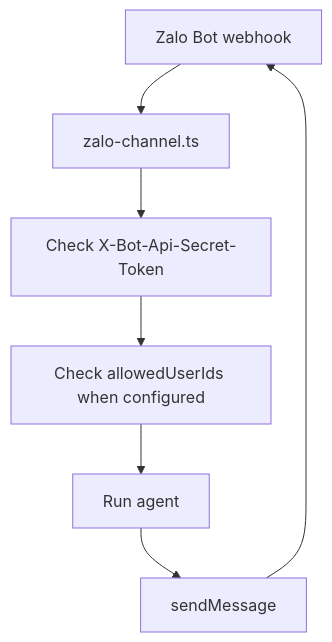
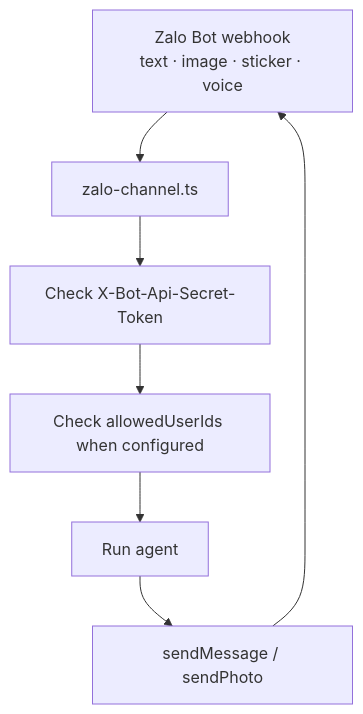
One commit to beeblastco/broods changed the diagram in apps/docs/docs/channels/zalo.md. Above: the diagram before and after it, drawn with Mermaid. The commit also changed other lines of this file and 6 other files, not shown here.

First line of the commit message:
feat(core): Zalo image send and inbound media (#257)

````diff
--- a/apps/docs/docs/channels/zalo.md
+++ b/apps/docs/docs/channels/zalo.md
@@ -55,9 +55,9 @@
 ```mermaid
 flowchart TD
-  Zalo["Zalo Bot webhook"] --> Adapter["zalo-channel.ts"]
+  Zalo["Zalo Bot webhook<br/>text · image · sticker · voice"] --> Adapter["zalo-channel.ts"]
   Adapter --> Auth["Check X-Bot-Api-Secret-Token"]
   Auth --> Allow["Check allowedUserIds when configured"]
   Allow --> Agent["Run agent"]
-  Agent --> Reply["sendMessage"]
+  Agent --> Reply["sendMessage / sendPhoto"]
   Reply --> Zalo
 ```
````
